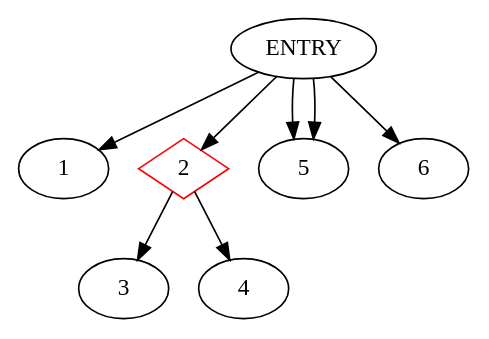
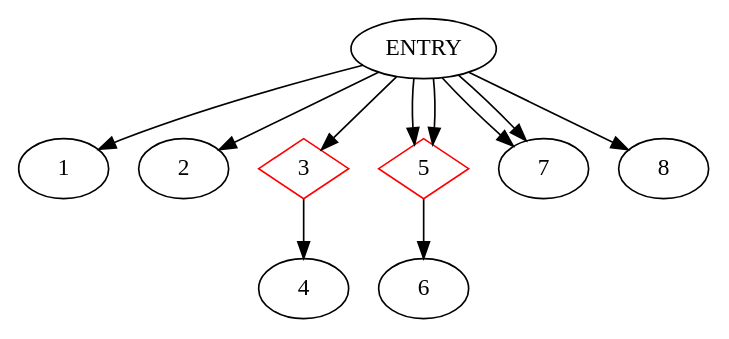
The diagram in Testgen/Testgen_Sonam/Testgen/CDG.dot (akshitij/TestgenRepo), drawn with Graphviz before and after one commit. The commit also changed 9 other files, not shown here.

```diff
--- a/Testgen/Testgen_Sonam/Testgen/CDG.dot
+++ b/Testgen/Testgen_Sonam/Testgen/CDG.dot
@@ -1,10 +1,15 @@
 digraph CDG {
 ENTRY -> 1
-2 [shape=diamond, color=red]
 ENTRY -> 2
-2-> 3
-2-> 4
+3 [shape=diamond, color=red]
+ENTRY -> 3
+3-> 4
+5 [shape=diamond, color=red]
 ENTRY -> 5
+5 [shape=diamond, color=red]
 ENTRY -> 5
-ENTRY -> 6
+5-> 6
+ENTRY -> 7
+ENTRY -> 7
+ENTRY -> 8
 }
```
